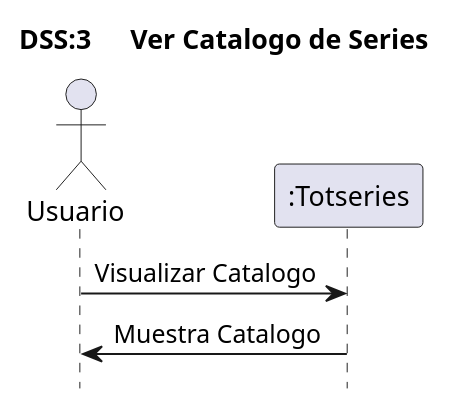
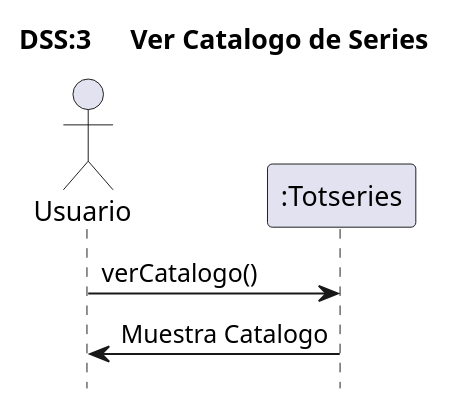
Before and after one commit to MrViciao/TotSeries: the diagram in src/totseries/Uml/Sistema/Diagrama de Sistema UC3.puml, drawn with PlantUML.

Commit message:
Update Diagrama de Sistema UC3.puml

```diff
--- a/src/totseries/Uml/Sistema/Diagrama de Sistema UC3.puml
+++ b/src/totseries/Uml/Sistema/Diagrama de Sistema UC3.puml
@@ -1,11 +1,11 @@
 @startuml
 title	DSS:3	Ver Catalogo de Series
 '	ocultar	el	foot	si	son	curts,	sino	deixar-ho
 '	la	comanda	es	la	seguent
 hide	footbox
 'definicio	d'actors
 actor	Usuario	as	user
-user	->	":Totseries":Visualizar Catalogo
+user	->	":Totseries":verCatalogo()
 ":Totseries" -> user :Muestra Catalogo
 
 @enduml
```
